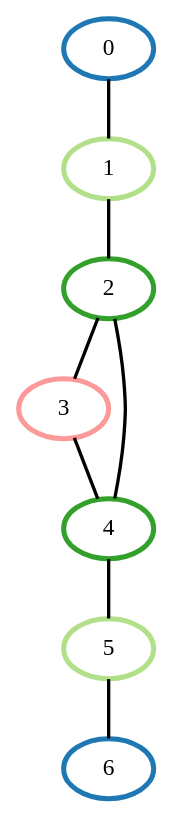
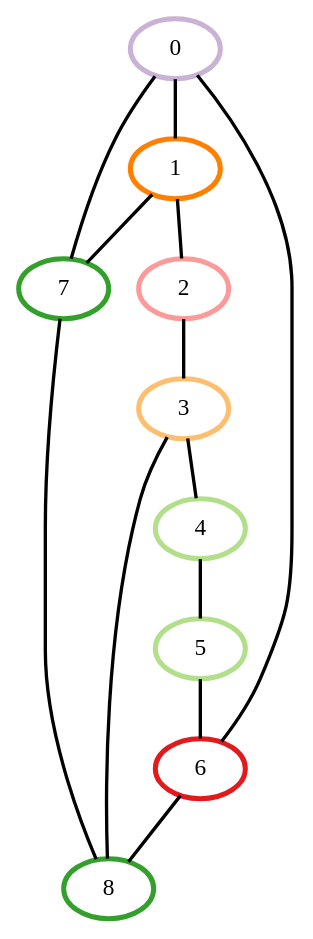
One commit to RobvEmous/Mod7Group2 changed the diagram in GI/Results/colorfulIt_0_0.dot. Above: the diagram before and after it, drawn with Graphviz. The commit also changed 3 other files, not shown here.

```diff
--- a/GI/Results/colorfulIt_0_0.dot
+++ b/GI/Results/colorfulIt_0_0.dot
@@ -1,17 +1,24 @@
 graph G {
-    0 [penwidth=3,color=2, colorscheme=paired12]
-    1 [penwidth=3,color=3, colorscheme=paired12]
-    2 [penwidth=3,color=4, colorscheme=paired12]
-    3 [penwidth=3,color=5, colorscheme=paired12]
-    4 [penwidth=3,color=4, colorscheme=paired12]
+    0 [penwidth=3,color=9, colorscheme=paired12]
+    1 [penwidth=3,color=8, colorscheme=paired12]
+    2 [penwidth=3,color=5, colorscheme=paired12]
+    3 [penwidth=3,color=7, colorscheme=paired12]
+    4 [penwidth=3,color=3, colorscheme=paired12]
     5 [penwidth=3,color=3, colorscheme=paired12]
-    6 [penwidth=3,color=2, colorscheme=paired12]
+    6 [penwidth=3,color=6, colorscheme=paired12]
+    7 [penwidth=3,color=4, colorscheme=paired12]
+    8 [penwidth=3,color=4, colorscheme=paired12]
 
+    0--7 [penwidth=2]
+    1--7 [penwidth=2]
+    6--8 [penwidth=2]
+    3--8 [penwidth=2]
+    7--8 [penwidth=2]
     0--1 [penwidth=2]
     1--2 [penwidth=2]
     2--3 [penwidth=2]
     3--4 [penwidth=2]
-    2--4 [penwidth=2]
     4--5 [penwidth=2]
     5--6 [penwidth=2]
+    0--6 [penwidth=2]
 }
```
